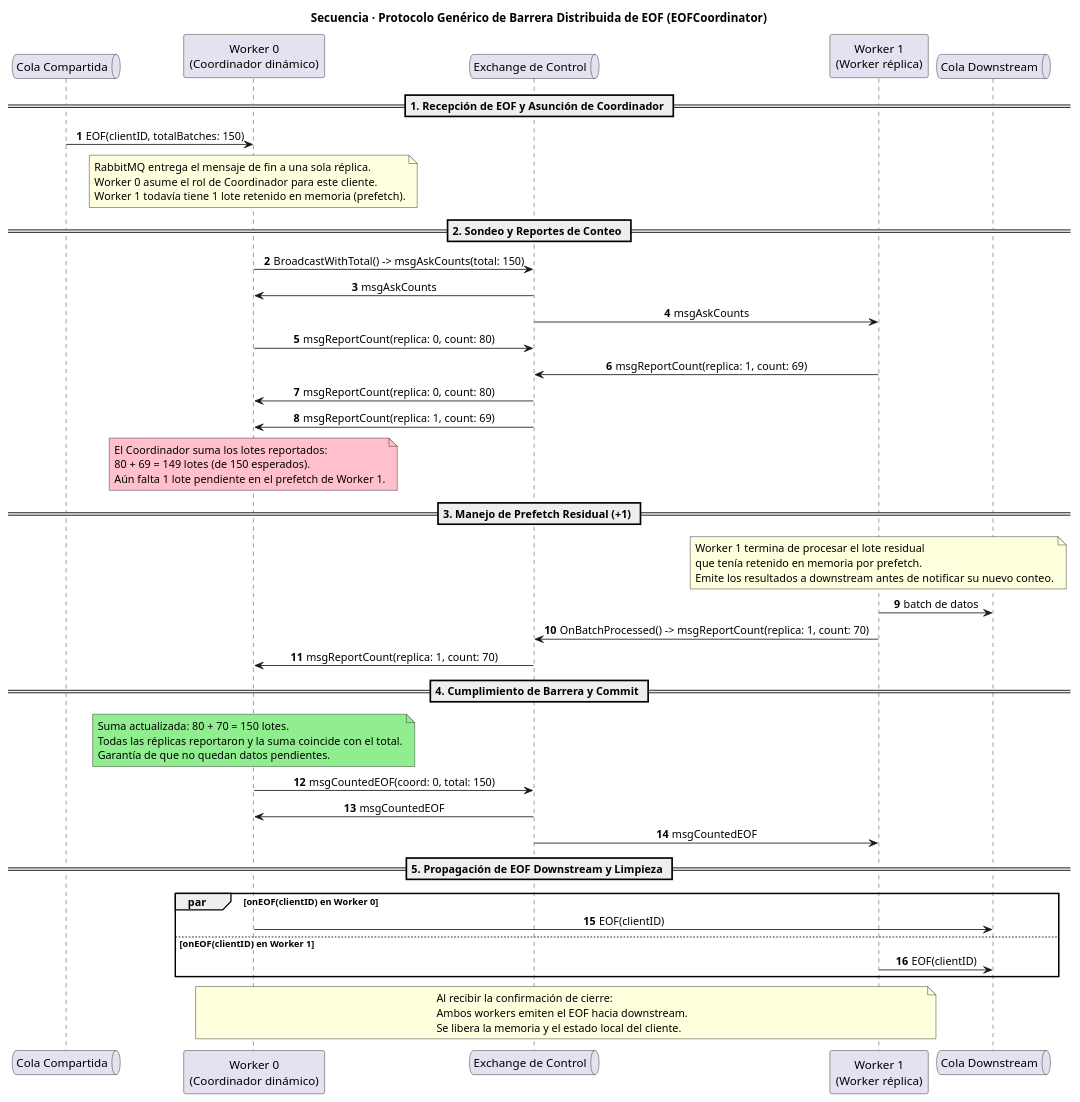
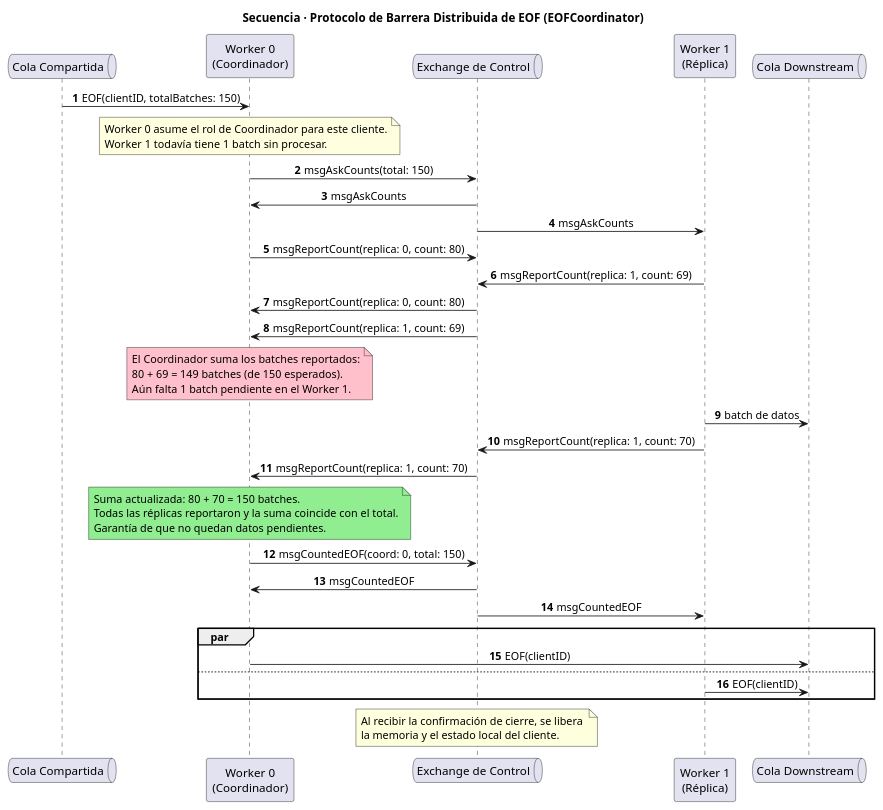
One commit to NicoPodesta/trabajo-final-distribuidos changed the diagram in Diagramas/secuencia/secuencia eof-difusion.puml. Above: the diagram before and after it, drawn with PlantUML. The commit also changed 3 other files, not shown here.

Commit message:
Docs: Actualizo diagramas de secuencia de eof

```diff
--- a/Diagramas/secuencia/secuencia eof-difusion.puml
+++ b/Diagramas/secuencia/secuencia eof-difusion.puml
@@ -1,74 +1,61 @@
 @startuml
 autonumber
 skinparam shadowing false
 skinparam sequenceMessageAlign center
 skinparam responseMessageBelowArrow true
 
-title Secuencia · Protocolo Genérico de Barrera Distribuida de EOF (EOFCoordinator)
+title Secuencia · Protocolo de Barrera Distribuida de EOF (EOFCoordinator)
 
 queue "Cola Compartida" as Q_IN
-participant "Worker 0\n(Coordinador dinámico)" as W0
+participant "Worker 0\n(Coordinador)" as W0
 queue "Exchange de Control" as CTRL
-participant "Worker 1\n(Worker réplica)" as W1
+participant "Worker 1\n(Réplica)" as W1
 queue "Cola Downstream" as Q_OUT
 
-== 1. Recepción de EOF y Asunción de Coordinador ==
 Q_IN -> W0 : EOF(clientID, totalBatches: 150)
 note over W0 #LightYellow
-  RabbitMQ entrega el mensaje de fin a una sola réplica.
   Worker 0 asume el rol de Coordinador para este cliente.
-  Worker 1 todavía tiene 1 lote retenido en memoria (prefetch).
+  Worker 1 todavía tiene 1 batch sin procesar.
 end note
 
-== 2. Sondeo y Reportes de Conteo ==
-W0 -> CTRL : BroadcastWithTotal() -> msgAskCounts(total: 150)
+W0 -> CTRL : msgAskCounts(total: 150)
 CTRL -> W0 : msgAskCounts
 CTRL -> W1 : msgAskCounts
 
 W0 -> CTRL : msgReportCount(replica: 0, count: 80)
 W1 -> CTRL : msgReportCount(replica: 1, count: 69)
 
 CTRL -> W0 : msgReportCount(replica: 0, count: 80)
 CTRL -> W0 : msgReportCount(replica: 1, count: 69)
 
 note over W0 #Pink
-  El Coordinador suma los lotes reportados:
-  80 + 69 = 149 lotes (de 150 esperados).
-  Aún falta 1 lote pendiente en el prefetch de Worker 1.
+  El Coordinador suma los batches reportados:
+  80 + 69 = 149 batches (de 150 esperados).
+  Aún falta 1 batch pendiente en el Worker 1.
 end note
 
-== 3. Manejo de Prefetch Residual (+1) ==
-note over W1
-  Worker 1 termina de procesar el lote residual
-  que tenía retenido en memoria por prefetch.
-  Emite los resultados a downstream antes de notificar su nuevo conteo.
-end note
 W1 -> Q_OUT : batch de datos
-W1 -> CTRL : OnBatchProcessed() -> msgReportCount(replica: 1, count: 70)
+W1 -> CTRL : msgReportCount(replica: 1, count: 70)
 CTRL -> W0 : msgReportCount(replica: 1, count: 70)
 
-== 4. Cumplimiento de Barrera y Commit ==
 note over W0 #LightGreen
-  Suma actualizada: 80 + 70 = 150 lotes.
+  Suma actualizada: 80 + 70 = 150 batches.
   Todas las réplicas reportaron y la suma coincide con el total.
   Garantía de que no quedan datos pendientes.
 end note
 
 W0 -> CTRL : msgCountedEOF(coord: 0, total: 150)
 CTRL -> W0 : msgCountedEOF
 CTRL -> W1 : msgCountedEOF
 
-== 5. Propagación de EOF Downstream y Limpieza ==
-
-par onEOF(clientID) en Worker 0
+par
     W0 -> Q_OUT : EOF(clientID)
-else onEOF(clientID) en Worker 1
+else
     W1 -> Q_OUT : EOF(clientID)
 end
 
-note over W0, W1
-  Al recibir la confirmación de cierre:
-  Ambos workers emiten el EOF hacia downstream.
-  Se libera la memoria y el estado local del cliente.
+note over CTRL
+  Al recibir la confirmación de cierre, se libera 
+  la memoria y el estado local del cliente.
 end note
 @enduml
```
